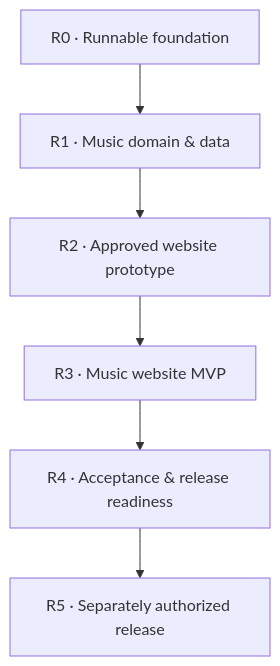
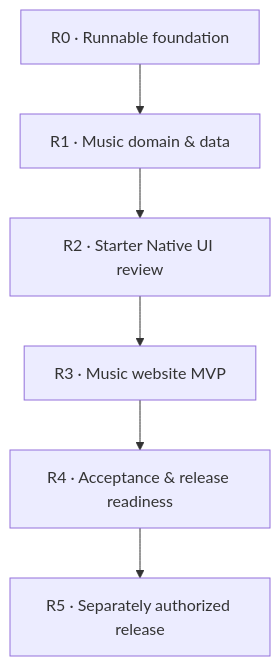
Before and after one commit to fusumivietnam/muzik-os: the first of 2 diagrams in docs/content/recovery.md, drawn with Mermaid. The commit also changed other lines of this file and 6 other files, not shown here.

````diff
--- a/docs/content/recovery.md
+++ b/docs/content/recovery.md
@@ -8,8 +8,8 @@
 ```mermaid
 flowchart TD
   R0["R0 · Runnable foundation"] --> R1["R1 · Music domain & data"]
-  R1 --> R2["R2 · Approved website prototype"]
+  R1 --> R2["R2 · Starter Native UI review"]
   R2 --> R3["R3 · Music website MVP"]
   R3 --> R4["R4 · Acceptance & release readiness"]
   R4 --> R5["R5 · Separately authorized release"]
 ```
````
